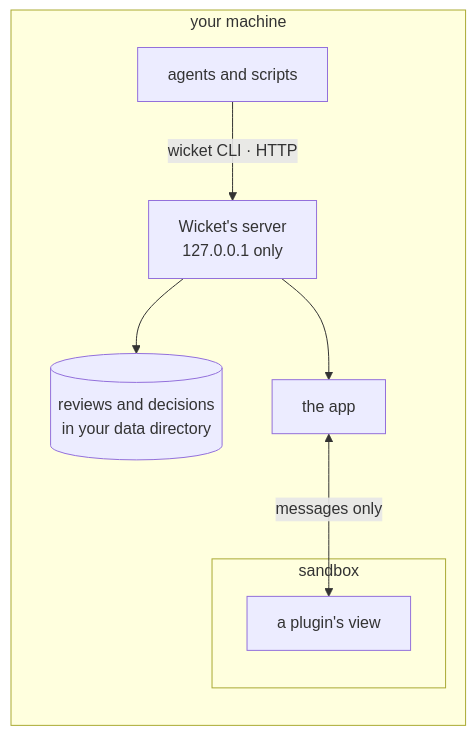
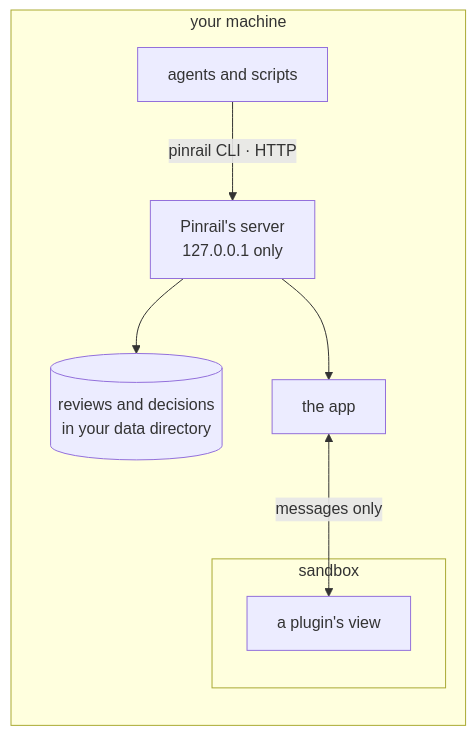
The diagram in docs/concepts/trust.md (forgeplane/pinrail), drawn with Mermaid before and after one commit. The commit also changed other lines of this file and 248 other files, not shown here.

Commit message:
Rename Wicket to Pinrail

````diff
--- a/docs/concepts/trust.md
+++ b/docs/concepts/trust.md
@@ -10,12 +10,12 @@
 ```mermaid title="The parts, and the boundaries between them"
 flowchart LR
   subgraph machine["your machine"]
-    A["agents and scripts"] -->|"wicket CLI · HTTP"| S["Wicket's server<br/>127.0.0.1 only"]
+    A["agents and scripts"] -->|"pinrail CLI · HTTP"| S["Pinrail's server<br/>127.0.0.1 only"]
     S --> D[("reviews and decisions<br/>in your data directory")]
     S --> APP["the app"]
     subgraph sandbox["sandbox"]
       V["a plugin's view"]
     end
     APP <-->|"messages only"| V
   end
 ```
````
